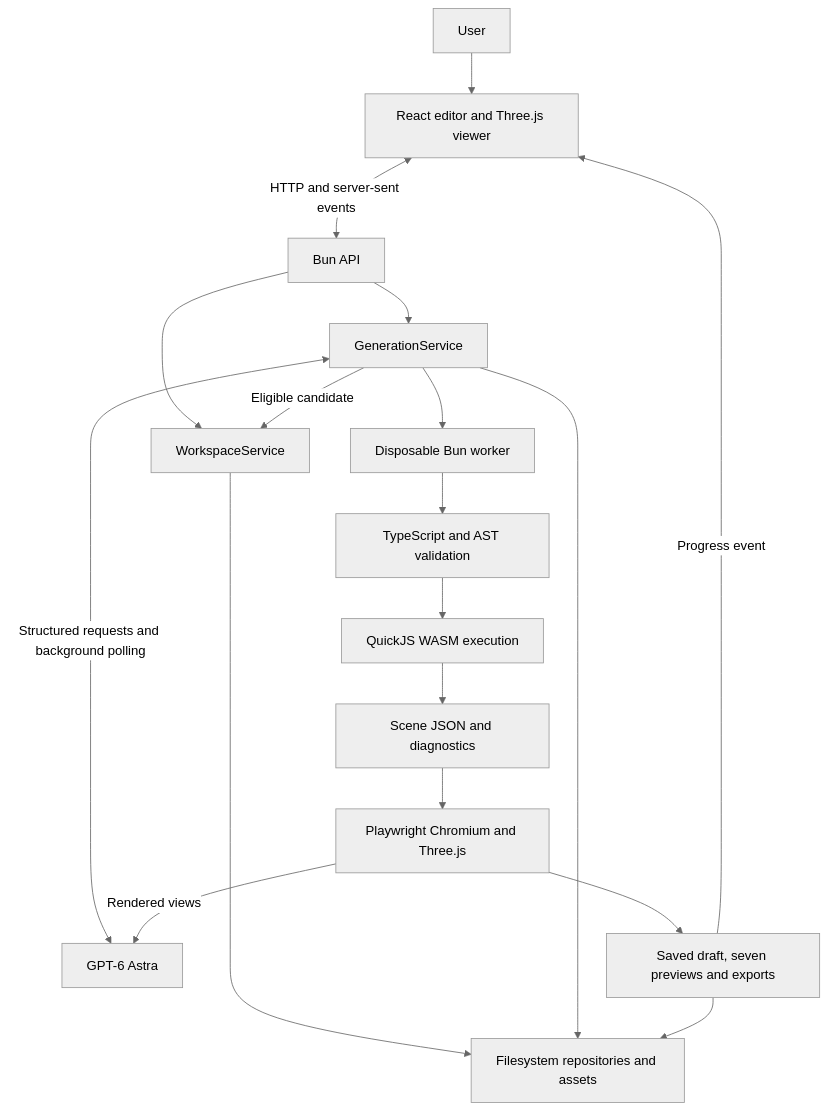
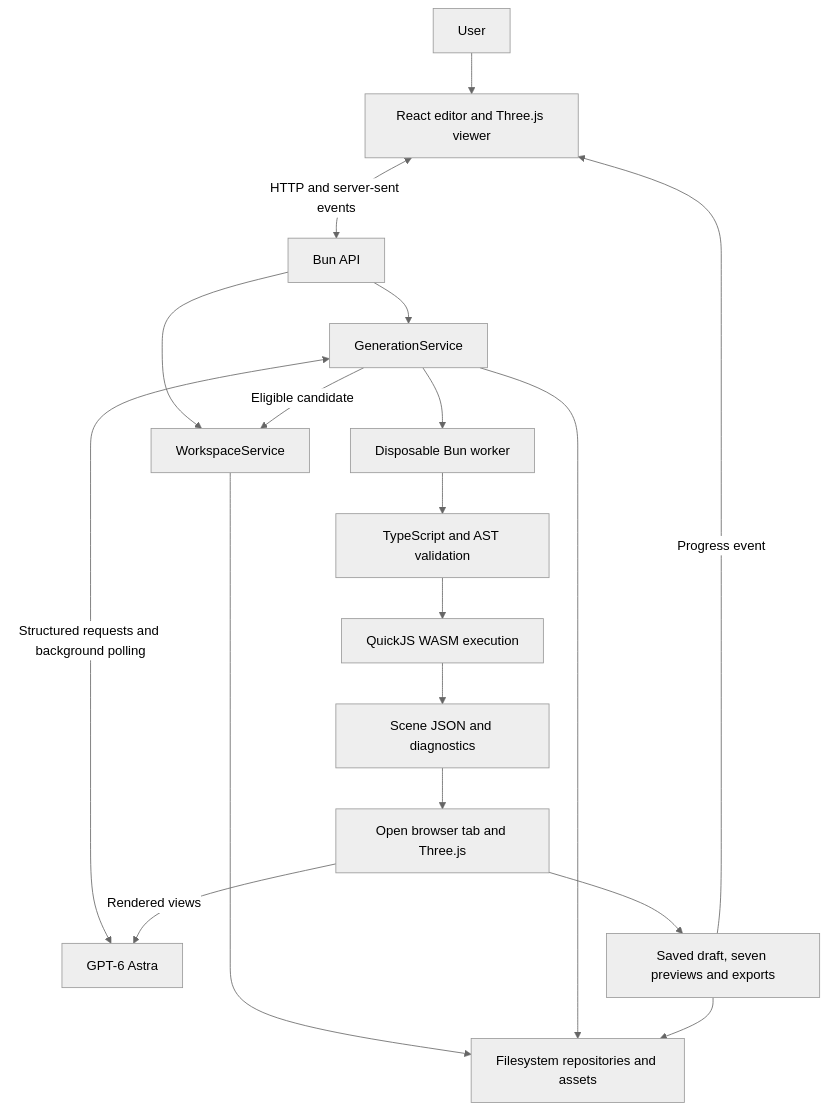
The first of 2 diagrams in assemblavatar/docs/architecture.md (galbenyosef/gpt6-demos), drawn with Mermaid (neutral theme) before and after one commit. The commit also changed other lines of this file and 22 other files, not shown here.

````diff
--- a/assemblavatar/docs/architecture.md
+++ b/assemblavatar/docs/architecture.md
@@ -13,20 +13,20 @@
 ```mermaid
 flowchart TD
     User[User] --> Editor[React editor and Three.js viewer]
     Editor <-->|HTTP and server-sent events| API[Bun API]
     API --> Workspace[WorkspaceService]
     API --> Generation[GenerationService]
     Workspace --> Store[Filesystem repositories and assets]
     Generation --> Store
     Generation <-->|Structured requests and background polling| Astra[GPT-6 Astra]
     Generation --> Worker[Disposable Bun worker]
     Worker --> Validator[TypeScript and AST validation]
     Validator --> VM[QuickJS WASM execution]
     VM --> Scene[Scene JSON and diagnostics]
-    Scene --> Renderer[Playwright Chromium and Three.js]
+    Scene --> Renderer[Open browser tab and Three.js]
     Renderer --> Draft[Saved draft, seven previews and exports]
     Draft --> Store
     Draft -->|Progress event| Editor
     Renderer -->|Rendered views| Astra
     Generation -->|Eligible candidate| Workspace
 ```
````
